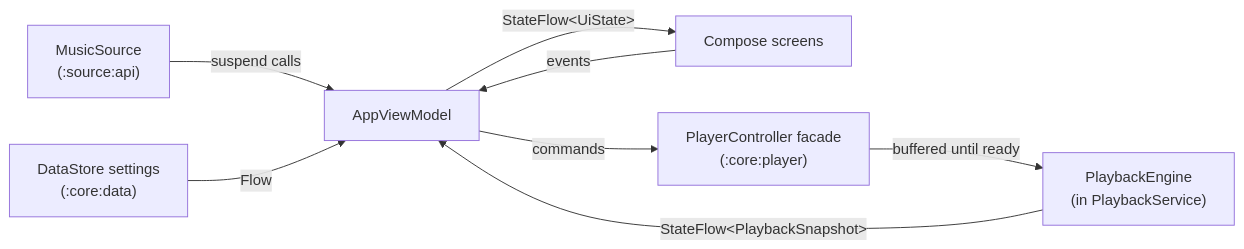
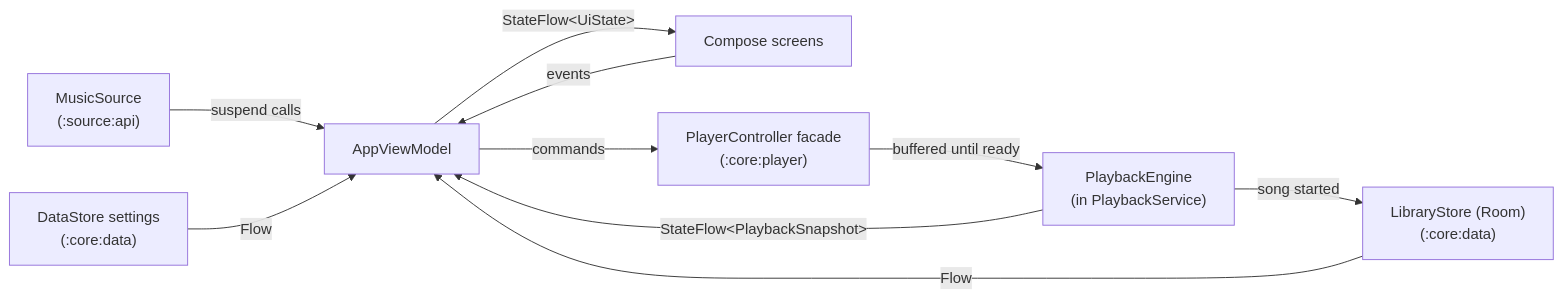
The second of 5 diagrams in docs/ARCHITECTURE.md (muhib-karim/sitara), drawn with Mermaid before and after one commit. The commit also changed other lines of this file and 9 other files, not shown here.

````diff
--- a/docs/ARCHITECTURE.md
+++ b/docs/ARCHITECTURE.md
@@ -91,10 +91,12 @@
 ```mermaid
 flowchart LR
     src["MusicSource<br/>(:source:api)"] -->|suspend calls| vm["AppViewModel"]
     vm -->|StateFlow&lt;UiState&gt;| ui["Compose screens"]
     ui -->|events| vm
     vm -->|commands| pc["PlayerController facade<br/>(:core:player)"]
     pc -->|buffered until ready| eng["PlaybackEngine<br/>(in PlaybackService)"]
     eng -->|StateFlow&lt;PlaybackSnapshot&gt;| vm
     ds["DataStore settings<br/>(:core:data)"] -->|Flow| vm
+    lib["LibraryStore (Room)<br/>(:core:data)"] -->|Flow| vm
+    eng -->|song started| lib
 ```
````
